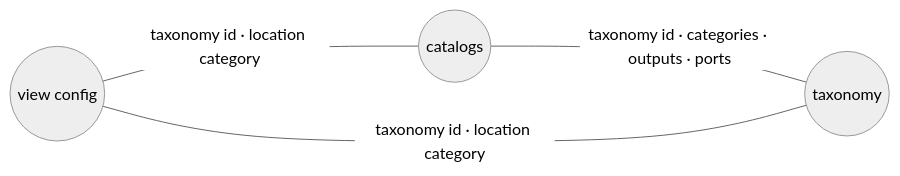
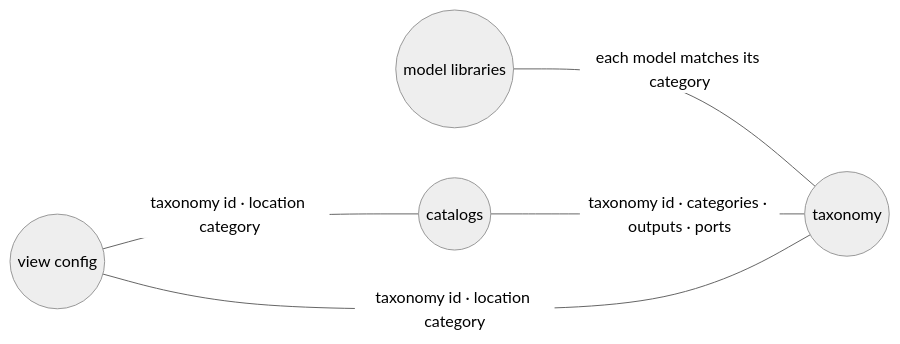
One commit to AntaresSimulatorTeam/GEMS-ViewsBuilder changed the diagram in docs/user-guide/validation-rules.md. Above: the diagram before and after it, drawn with Mermaid (neutral theme). The commit also changed other lines of this file, not shown here.

Commit message:
docs(validation-rules): add the library and taxonomy check

````diff
--- a/docs/user-guide/validation-rules.md
+++ b/docs/user-guide/validation-rules.md
@@ -61,9 +61,11 @@
 ```mermaid
 graph LR
+    libraries(("model libraries"))
     catalog(("catalogs"))
     taxonomy(("taxonomy"))
     view_config(("view config"))
+    libraries -- "each model matches its category" --- taxonomy
     catalog -- "taxonomy id · categories · outputs · ports" --- taxonomy
     view_config -- "taxonomy id · location category" --- taxonomy
     view_config -- "taxonomy id · location category" --- catalog
 ```
````
